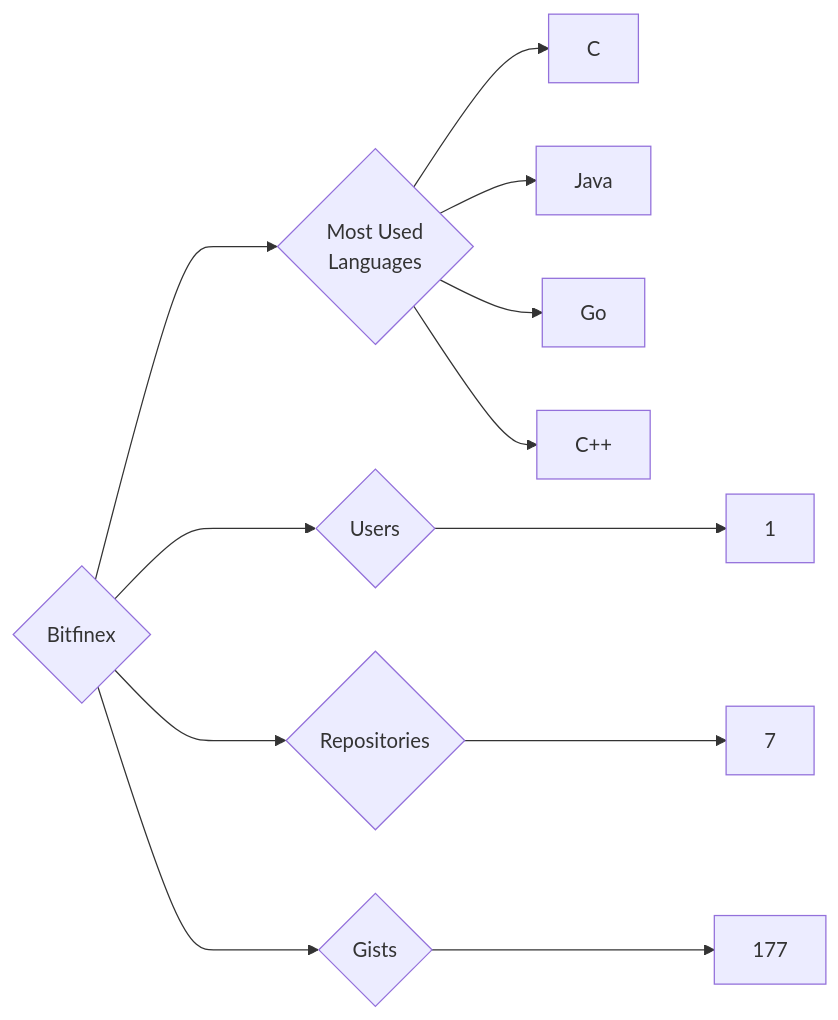
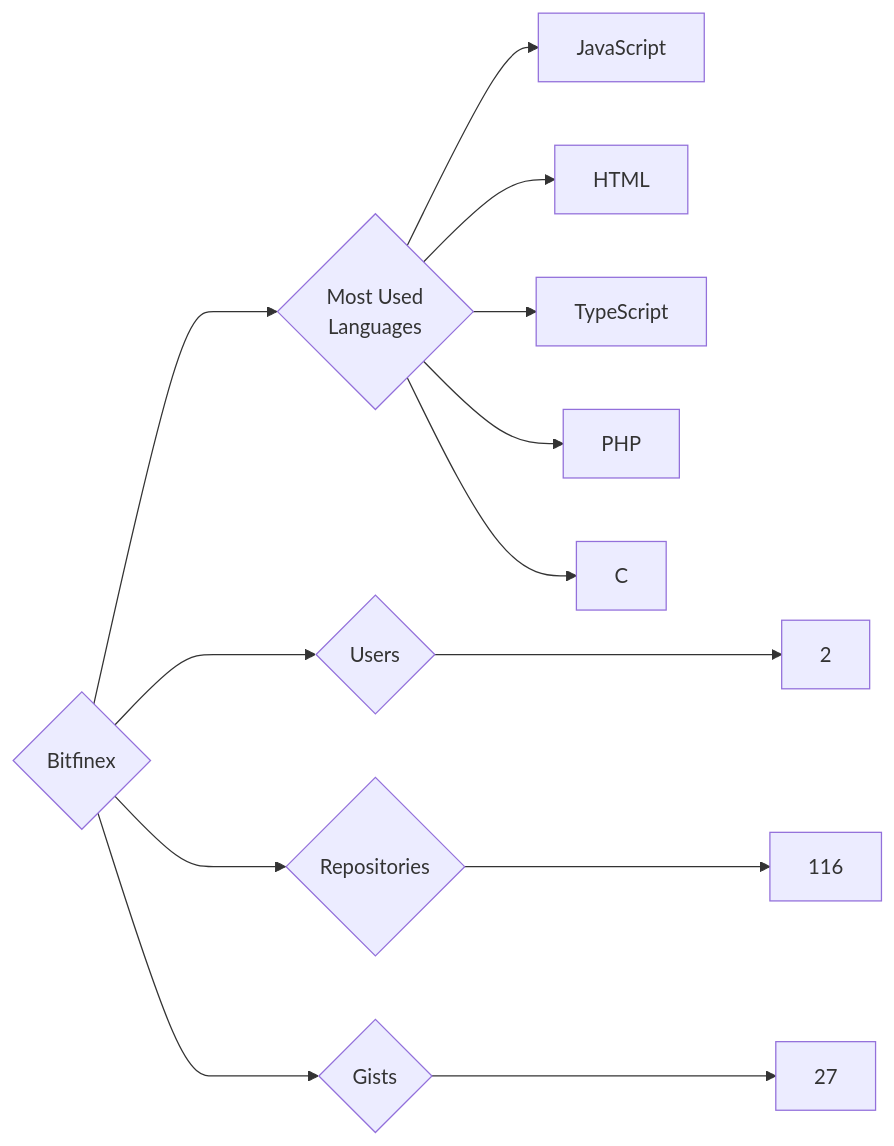
The diagram in targets/Bitfinex/README.md (trickest/insiders), drawn with Mermaid before and after one commit. The commit also changed 640 other files, not shown here.

````diff
--- a/targets/Bitfinex/README.md
+++ b/targets/Bitfinex/README.md
@@ -3,12 +3,13 @@
 ```mermaid
 graph LR
 COMPANY_NAME{Bitfinex}
-COMPANY_NAME ---> U{Users} ---> UN[1]
-COMPANY_NAME ---> R{Repositories} ---> RN[7]
-COMPANY_NAME ---> G{Gists} ---> GN[177]
+COMPANY_NAME ---> U{Users} ---> UN[2]
+COMPANY_NAME ---> R{Repositories} ---> RN[116]
+COMPANY_NAME ---> G{Gists} ---> GN[27]
 COMPANY_NAME ---> ML{Most Used<br>Languages}
+ML --> JavaScript[JavaScript]
+ML --> HTML[HTML]
+ML --> TypeScript[TypeScript]
+ML --> PHP[PHP]
 ML --> C[C]
-ML --> Java[Java]
-ML --> Go[Go]
-ML --> C++[C++]
 ```
````
